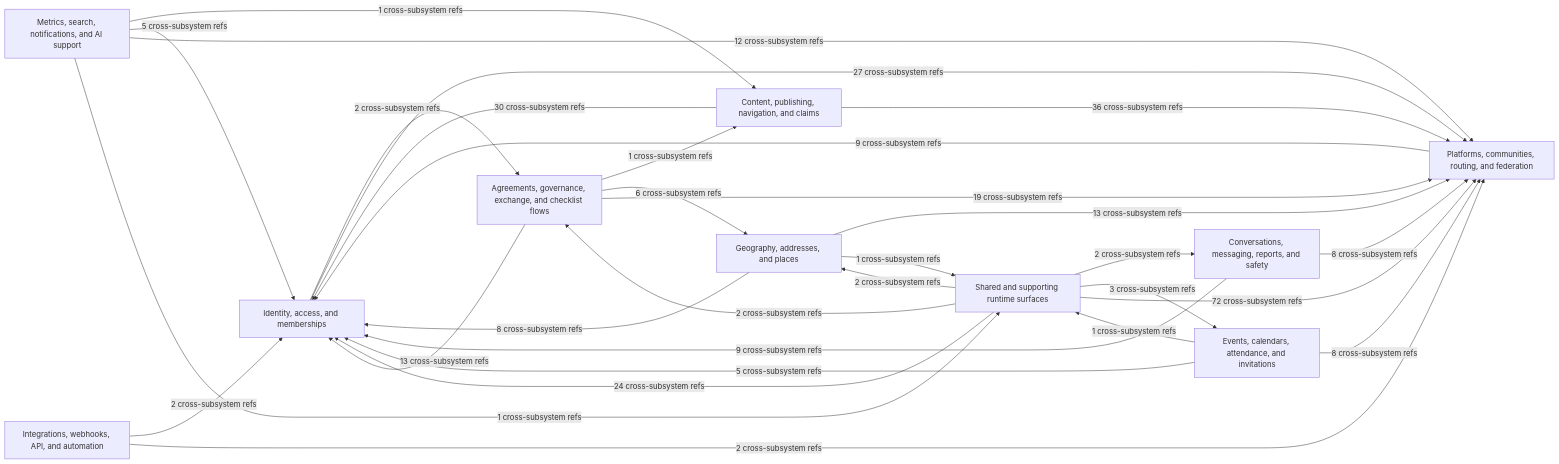
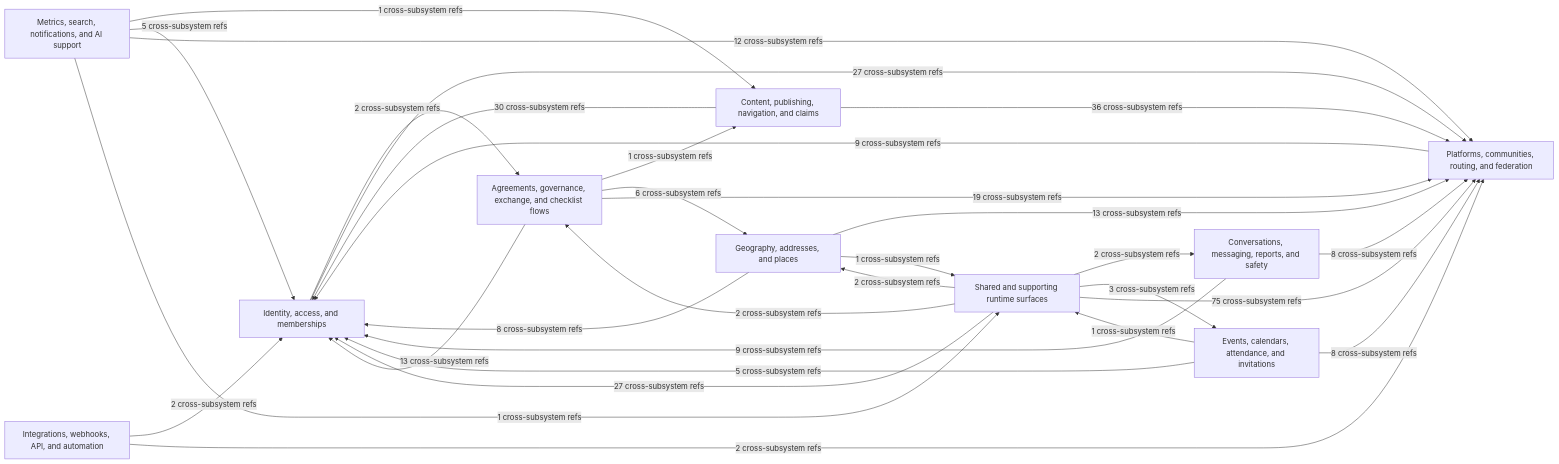
Before and after one commit to better-together-org/community-engine-rails: the diagram in docs/diagrams/source/ce_subsystem_interaction_map.mmd, drawn with Mermaid. The commit also changed 39 other files, not shown here.

```diff
--- a/docs/diagrams/source/ce_subsystem_interaction_map.mmd
+++ b/docs/diagrams/source/ce_subsystem_interaction_map.mmd
@@ -1,42 +1,42 @@
 %% Generated by scripts/export_subsystem_diagrams.rb
 flowchart LR
   identity_access["Identity, access, and memberships"]
   platform_network["Platforms, communities, routing, and federation"]
   content_publishing["Content, publishing, navigation, and claims"]
   geography_and_places["Geography, addresses, and places"]
   events_calendar["Events, calendars, attendance, and invitations"]
   conversations_safety["Conversations, messaging, reports, and safety"]
   exchange_governance["Agreements, governance, exchange, and checklist flows"]
   metrics_search_ai["Metrics, search, notifications, and AI support"]
   integrations_webhooks["Integrations, webhooks, API, and automation"]
   shared_supporting["Shared and supporting runtime surfaces"]
 
   content_publishing -->|30 cross-subsystem refs| identity_access
   content_publishing -->|36 cross-subsystem refs| platform_network
   conversations_safety -->|9 cross-subsystem refs| identity_access
   conversations_safety -->|8 cross-subsystem refs| platform_network
   events_calendar -->|5 cross-subsystem refs| identity_access
   events_calendar -->|8 cross-subsystem refs| platform_network
   events_calendar -->|1 cross-subsystem refs| shared_supporting
   exchange_governance -->|1 cross-subsystem refs| content_publishing
   exchange_governance -->|6 cross-subsystem refs| geography_and_places
   exchange_governance -->|13 cross-subsystem refs| identity_access
   exchange_governance -->|19 cross-subsystem refs| platform_network
   geography_and_places -->|8 cross-subsystem refs| identity_access
   geography_and_places -->|13 cross-subsystem refs| platform_network
   geography_and_places -->|1 cross-subsystem refs| shared_supporting
   identity_access -->|2 cross-subsystem refs| exchange_governance
   identity_access -->|27 cross-subsystem refs| platform_network
   integrations_webhooks -->|2 cross-subsystem refs| identity_access
   integrations_webhooks -->|2 cross-subsystem refs| platform_network
   metrics_search_ai -->|1 cross-subsystem refs| content_publishing
   metrics_search_ai -->|5 cross-subsystem refs| identity_access
   metrics_search_ai -->|12 cross-subsystem refs| platform_network
   metrics_search_ai -->|1 cross-subsystem refs| shared_supporting
   platform_network -->|9 cross-subsystem refs| identity_access
   shared_supporting -->|2 cross-subsystem refs| conversations_safety
   shared_supporting -->|3 cross-subsystem refs| events_calendar
   shared_supporting -->|2 cross-subsystem refs| exchange_governance
   shared_supporting -->|2 cross-subsystem refs| geography_and_places
-  shared_supporting -->|24 cross-subsystem refs| identity_access
-  shared_supporting -->|72 cross-subsystem refs| platform_network
+  shared_supporting -->|27 cross-subsystem refs| identity_access
+  shared_supporting -->|75 cross-subsystem refs| platform_network
```
